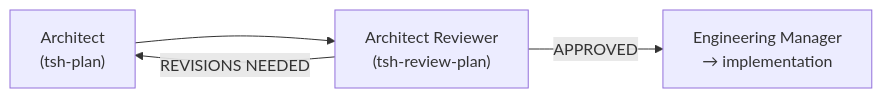
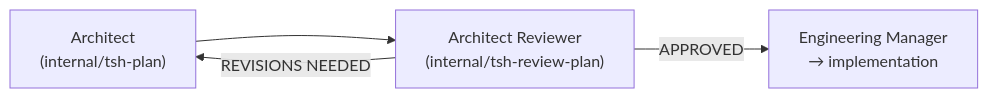
Before and after one commit to kkorus/cursor-collections: the diagram in website/docs/agents/architect-reviewer.md, drawn with Mermaid. The commit also changed other lines of this file and 15 other files, not shown here.

````diff
--- a/website/docs/agents/architect-reviewer.md
+++ b/website/docs/agents/architect-reviewer.md
@@ -70,6 +75,6 @@
 ```mermaid
 flowchart LR
-  Architect["Architect\n(tsh-plan)"] --> ArchitectReviewer["Architect Reviewer\n(tsh-review-plan)"]
+  Architect["Architect\n(internal/tsh-plan)"] --> ArchitectReviewer["Architect Reviewer\n(internal/tsh-review-plan)"]
   ArchitectReviewer -->|"APPROVED"| EM["Engineering Manager\n→ implementation"]
   ArchitectReviewer -->|"REVISIONS NEEDED"| Architect
 ```
````
